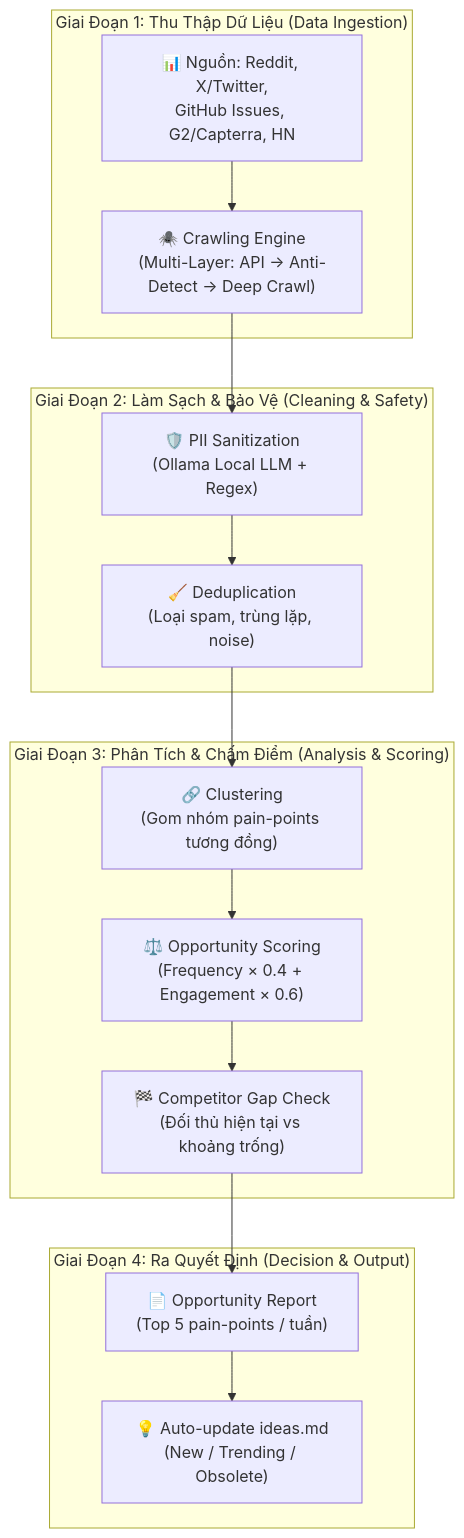
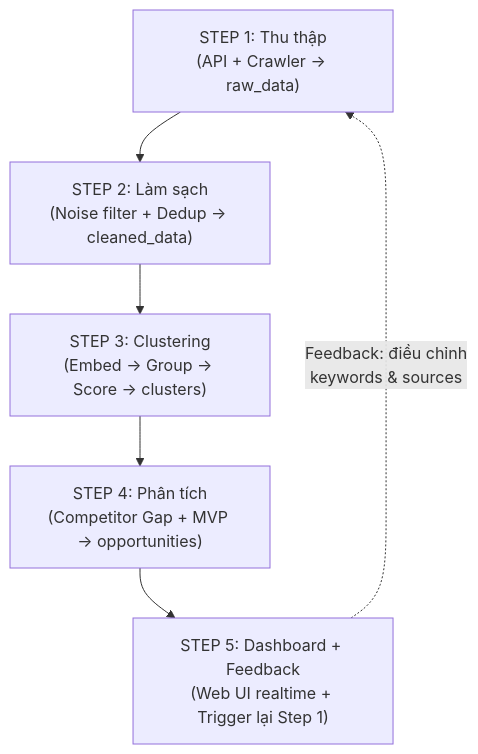
Before and after one commit to vanductai/research: the first of 8 diagrams in biz/market_validation_system.md, drawn with Mermaid. The commit also changed other lines of this file, not shown here.

Commit message:
refactor: remove system architecture diagrams and tool comparison tables from market validation research documentation

````diff
--- a/biz/market_validation_system.md
+++ b/biz/market_validation_system.md
@@ -13,32 +14,14 @@
 ```mermaid
 graph TD
-    subgraph "Giai Đoạn 1: Thu Thập Dữ Liệu (Data Ingestion)"
-        Sources["📊 Nguồn: Reddit, X/Twitter,<br/>GitHub Issues, G2/Capterra, HN"]
-        Crawlers["🕷️ Crawling Engine<br/>(Multi-Layer: API → Anti-Detect → Deep Crawl)"]
-    end
+    S1["STEP 1: Thu thập<br/>(API + Crawler → raw_data)"]
+    S2["STEP 2: Làm sạch<br/>(Noise filter + Dedup → cleaned_data)"]
+    S3["STEP 3: Clustering<br/>(Embed → Group → Score → clusters)"]
+    S4["STEP 4: Phân tích<br/>(Competitor Gap + MVP → opportunities)"]
+    S5["STEP 5: Dashboard + Feedback<br/>(Web UI realtime + Trigger lại Step 1)"]
 
-    subgraph "Giai Đoạn 2: Làm Sạch & Bảo Vệ (Cleaning & Safety)"
-        PII["🛡️ PII Sanitization<br/>(Ollama Local LLM + Regex)"]
-        Dedup["🧹 Deduplication<br/>(Loại spam, trùng lặp, noise)"]
-    end
-
-    subgraph "Giai Đoạn 3: Phân Tích & Chấm Điểm (Analysis & Scoring)"
-        Cluster["🔗 Clustering<br/>(Gom nhóm pain-points tương đồng)"]
-        Score["⚖️ Opportunity Scoring<br/>(Frequency × 0.4 + Engagement × 0.6)"]
-        Compete["🏁 Competitor Gap Check<br/>(Đối thủ hiện tại vs khoảng trống)"]
-    end
-
-    subgraph "Giai Đoạn 4: Ra Quyết Định (Decision & Output)"
-        Report["📄 Opportunity Report<br/>(Top 5 pain-points / tuần)"]
-        Ideas["💡 Auto-update ideas.md<br/>(New / Trending / Obsolete)"]
-    end
-
-    Sources --> Crawlers
-    Crawlers --> PII
-    PII --> Dedup
-    Dedup --> Cluster
-    Cluster --> Score
-    Score --> Compete
-    Compete --> Report
-    Report --> Ideas
+    S1 --> S2
+    S2 --> S3
+    S3 --> S4
+    S4 --> S5
+    S5 -.->|"Feedback: điều chỉnh<br/>keywords & sources"| S1
 ```
````
